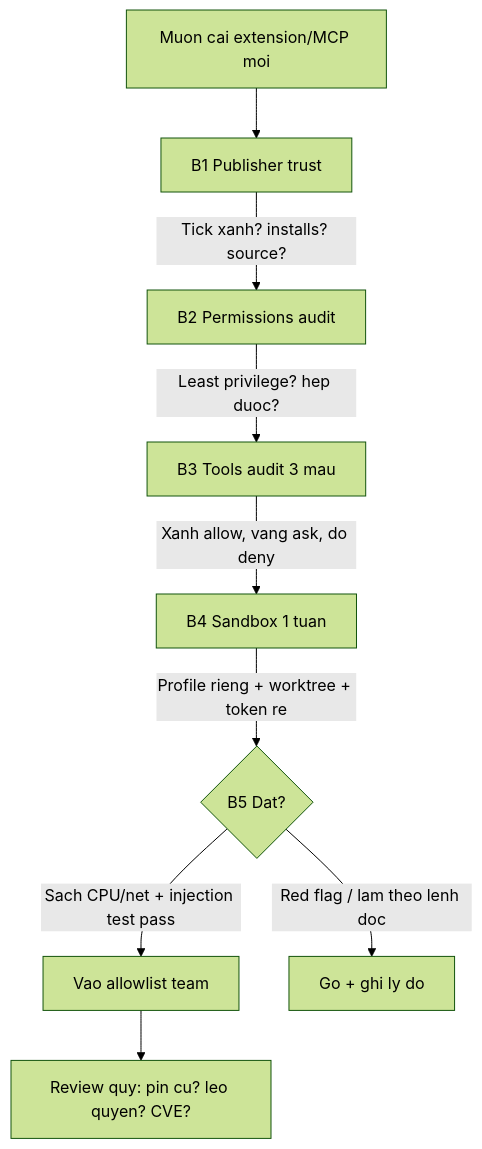
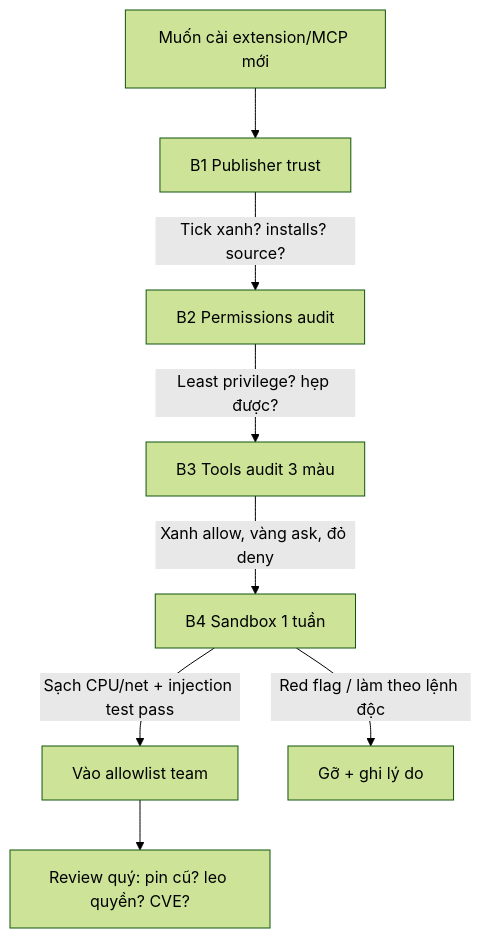
The diagram in 01-huong-dan-su-dung/16-extensions-mcp-bao-mat-validate.md (nbhson/tutorial-github-copilot), drawn with Mermaid (forest theme) before and after one commit. The commit also changed other lines of this file and 41 other files, not shown here.

````diff
--- a/01-huong-dan-su-dung/16-extensions-mcp-bao-mat-validate.md
+++ b/01-huong-dan-su-dung/16-extensions-mcp-bao-mat-validate.md
@@ -109,11 +37,10 @@
 ```mermaid
 flowchart TD
-    A[Muon cai extension/MCP moi] --> B1[B1 Publisher trust]
+    A[Muốn cài extension/MCP mới] --> B1[B1 Publisher trust]
     B1 -->|Tick xanh? installs? source?| B2[B2 Permissions audit]
-    B2 -->|Least privilege? hep duoc?| B3[B3 Tools audit 3 mau]
-    B3 -->|Xanh allow, vang ask, do deny| B4[B4 Sandbox 1 tuan]
-    B4 -->|Profile rieng + worktree + token re| B5{B5 Dat?}
-    B5 -->|Sach CPU/net + injection test pass| C[Vao allowlist team]
-    B5 -->|Red flag / lam theo lenh doc| D[Go + ghi ly do]
-    C --> E[Review quy: pin cu? leo quyen? CVE?]
+    B2 -->|Least privilege? hẹp được?| B3[B3 Tools audit 3 màu]
+    B3 -->|Xanh allow, vàng ask, đỏ deny| B4[B4 Sandbox 1 tuần]
+    B4 -->|Sạch CPU/net + injection test pass| C[Vào allowlist team]
+    B4 -->|Red flag / làm theo lệnh độc| D[Gỡ + ghi lý do]
+    C --> E[Review quý: pin cũ? leo quyền? CVE?]
 ```
````
